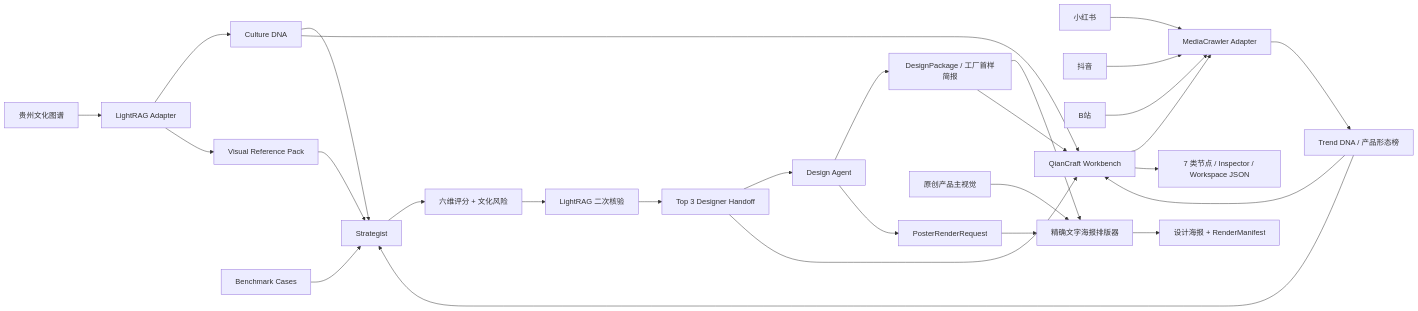
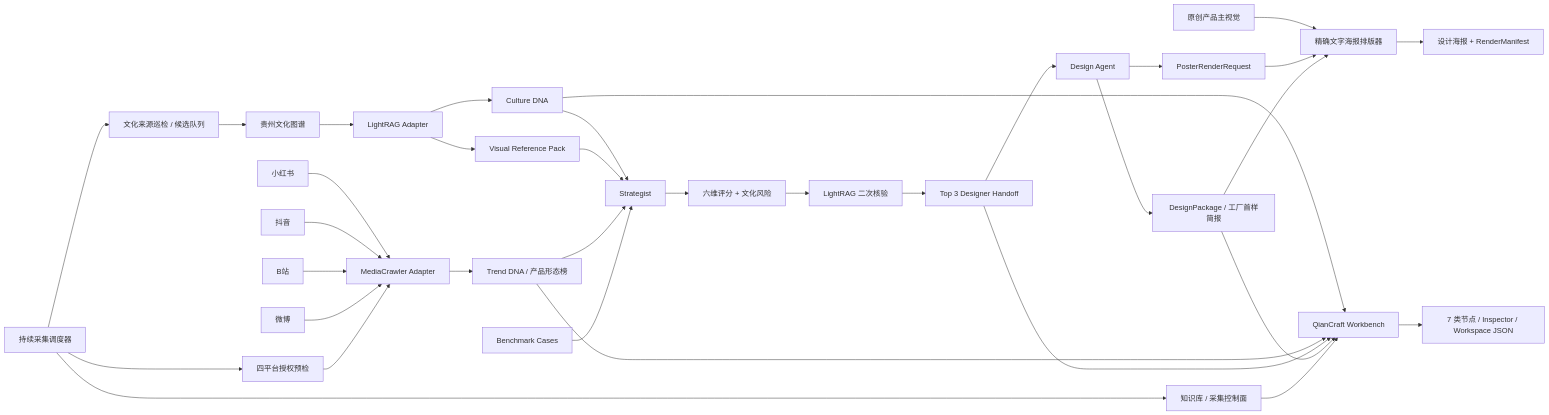
The diagram in README.md (miracle121388-a11y/QianCraft), drawn with Mermaid before and after one commit. The commit also changed other lines of this file and 860 other files, not shown here.

Commit message:
优化图谱

````diff
--- a/README.md
+++ b/README.md
@@ -133,34 +145,40 @@
 ```mermaid
 flowchart LR
     KG[贵州文化图谱] --> LR[LightRAG Adapter]
+    SCHED[持续采集调度器] --> WATCH[文化来源巡检 / 候选队列]
+    WATCH --> KG
     LR --> CD[Culture DNA]
     LR --> VR[Visual Reference Pack]
 
     XHS[小红书] --> MC[MediaCrawler Adapter]
     DY[抖音] --> MC
     BILI[B站] --> MC
-    WB[微博] --> MC
+    WEIBO[微博] --> MC
+    SCHED --> AUTH[四平台授权预检]
+    AUTH --> MC
     MC --> TD[Trend DNA / 产品形态榜]
 
     CD --> ST[Strategist]
     VR --> ST
     TD --> ST
     BC[Benchmark Cases] --> ST
     ST --> EV[六维评分 + 文化风险]
     EV --> CHECK[LightRAG 二次核验]
     CHECK --> DH[Top 3 Designer Handoff]
 
     DH --> DA[Design Agent]
     DA --> DP[DesignPackage / 工厂首样简报]
     DA --> PR[PosterRenderRequest]
     HERO[原创产品主视觉] --> POSTER[精确文字海报排版器]
     PR --> POSTER
     DP --> POSTER
     POSTER --> OUT[设计海报 + RenderManifest]
 
-    CD --> WB[QianCraft Workbench]
-    TD --> WB
-    DH --> WB
-    DP --> WB
-    WB --> CANVAS[7 类节点 / Inspector / Workspace JSON]
+    CD --> WORKBENCH[QianCraft Workbench]
+    TD --> WORKBENCH
+    DH --> WORKBENCH
+    DP --> WORKBENCH
+    WORKBENCH --> CANVAS[7 类节点 / Inspector / Workspace JSON]
+    SCHED --> CONTROL[知识库 / 采集控制面]
+    CONTROL --> WORKBENCH
 ```
````
